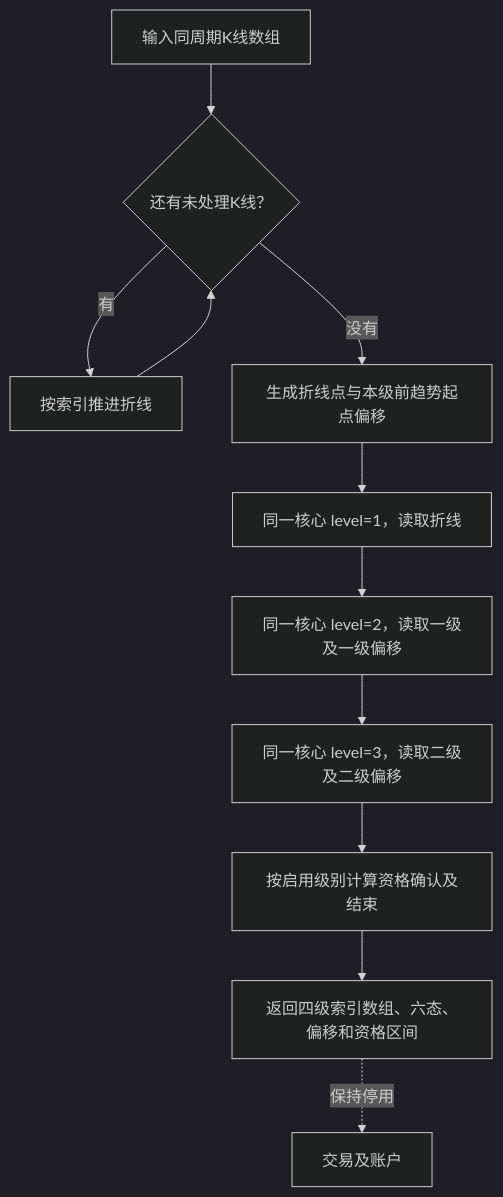
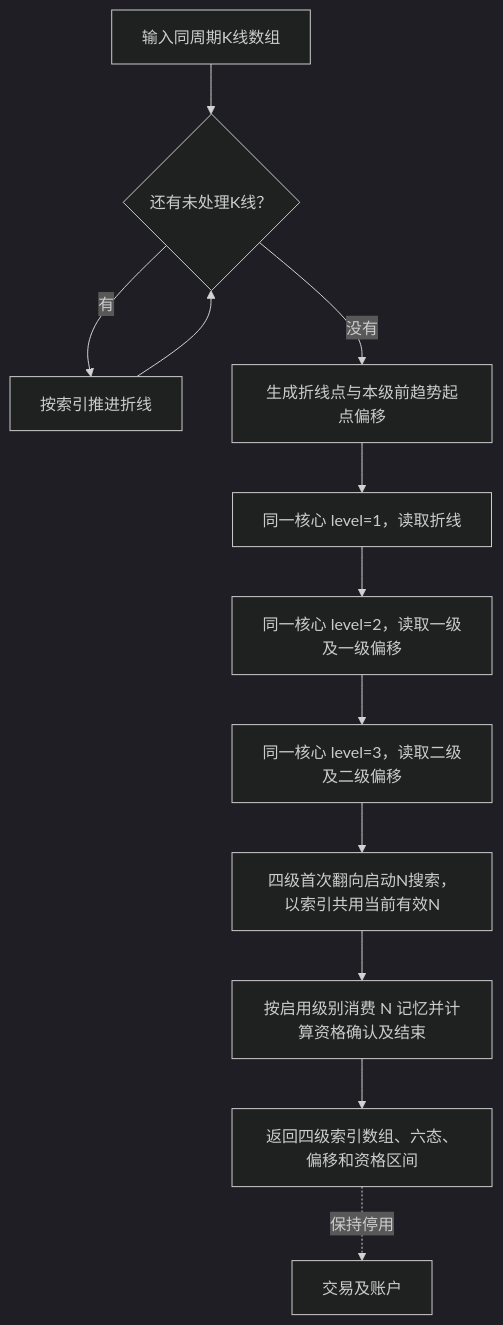
One commit to bobo553/wavequant-monorepo changed the first of 19 diagrams in docs/trend-analysis-flow.md. Above: the diagram before and after it, drawn with Mermaid (dark theme). The commit also changed other lines of this file and 56 other files, not shown here.

````diff
--- a/docs/trend-analysis-flow.md
+++ b/docs/trend-analysis-flow.md
@@ -38,12 +38,13 @@
 ```mermaid
 flowchart TD
     A["输入同周期K线数组"] --> B{"还有未处理K线？"}
     B -->|有| C["按索引推进折线"] --> B
     B -->|没有| D["生成折线点与本级前趋势起点偏移"]
     D --> E["同一核心 level=1，读取折线"]
     E --> F["同一核心 level=2，读取一级及一级偏移"]
     F --> G["同一核心 level=3，读取二级及二级偏移"]
-    G --> Q["按启用级别计算资格确认及结束"]
+    G --> N["四级首次翻向启动N搜索，以索引共用当前有效N"]
+    N --> Q["按启用级别消费 N 记忆并计算资格确认及结束"]
     Q --> H["返回四级索引数组、六态、偏移和资格区间"]
     H -.->|保持停用| I["交易及账户"]
 ```
````
